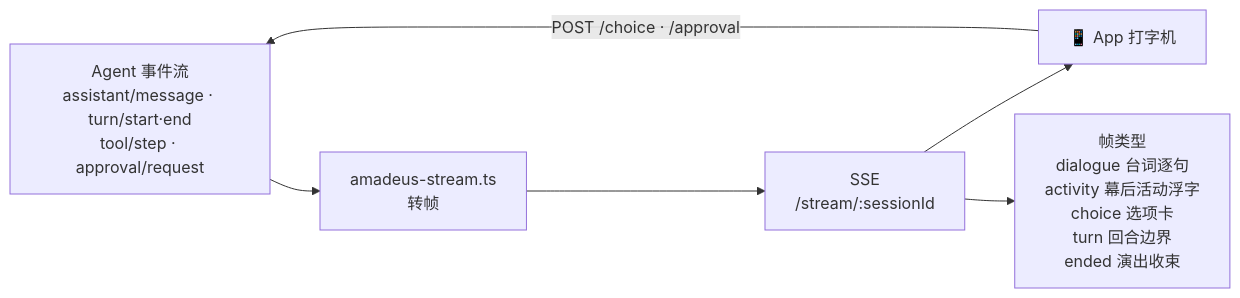
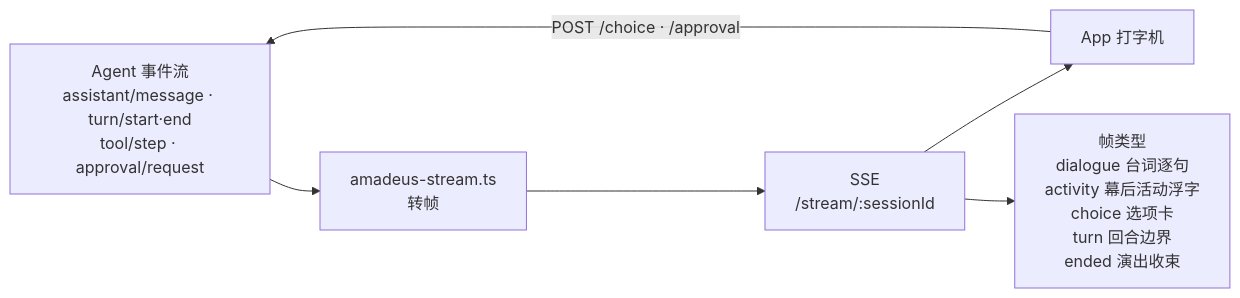
The second of 5 diagrams in README.md (saya-ch/dsh-amadeus), drawn with Mermaid before and after one commit. The commit also changed other lines of this file, not shown here.

````diff
--- a/README.md
+++ b/README.md
@@ -123,13 +193,13 @@
 ```mermaid
 flowchart LR
     EV["Agent 事件流<br/>assistant/message · turn/start·end<br/>tool/step · approval/request"]
     ST["amadeus-stream.ts<br/>转帧"]
     SSE["SSE<br/>/stream/:sessionId"]
-    APP["📱 App 打字机"]
+    APP["App 打字机"]
     FRAMES["帧类型<br/>dialogue 台词逐句<br/>activity 幕后活动浮字<br/>choice 选项卡<br/>turn 回合边界<br/>ended 演出收束"]
 
     EV --> ST --> SSE
     SSE --> APP
     SSE --> FRAMES
     APP -->|"POST /choice · /approval"| EV
 ```
````
